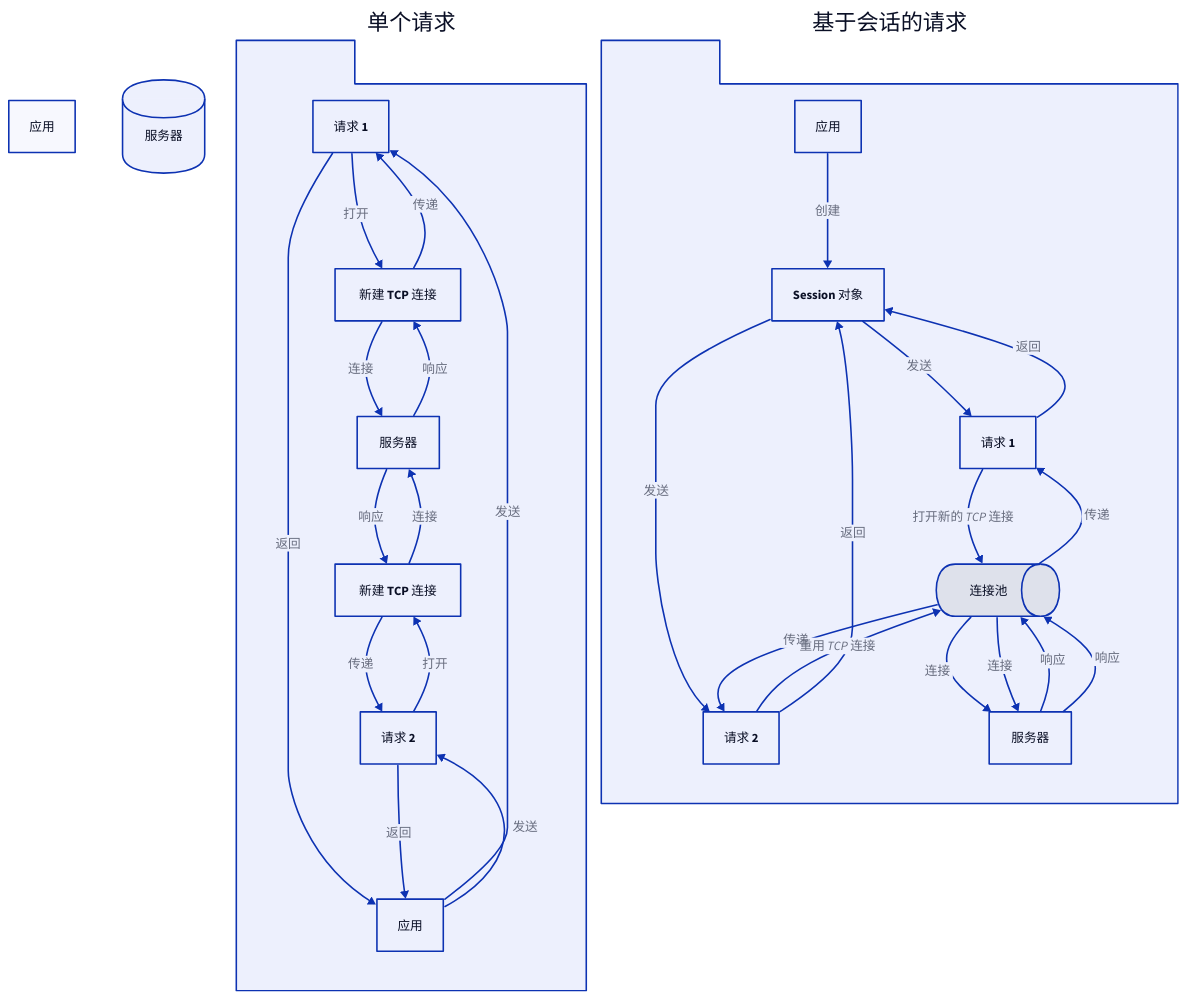
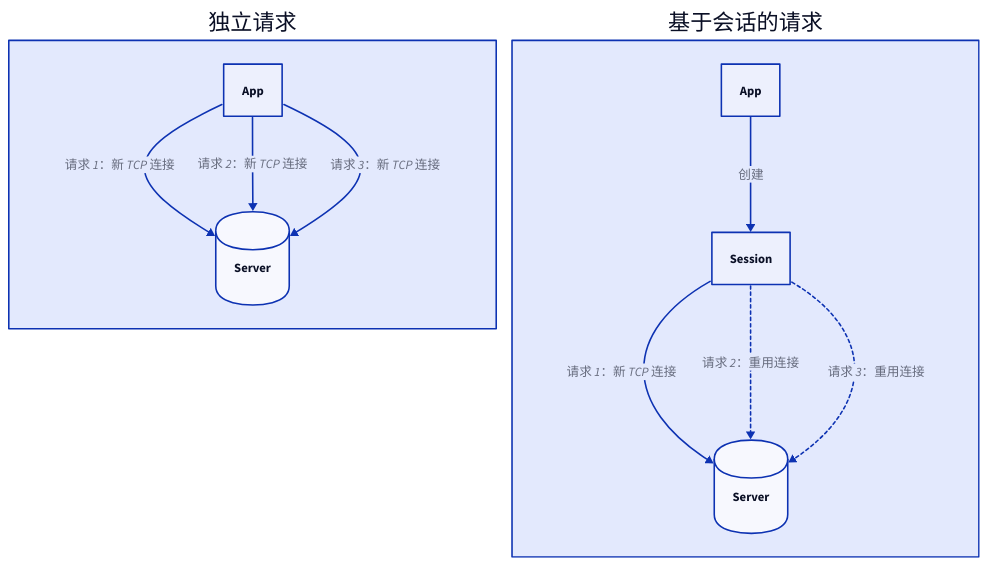
The diagram in .aigne/doc-smith/docs/user-guide-session-objects.zh.md (lban2049/requests), drawn with D2 before and after one commit. The commit also changed other lines of this file and 29 other files, not shown here.

````diff
--- a/.aigne/doc-smith/docs/user-guide-session-objects.zh.md
+++ b/.aigne/doc-smith/docs/user-guide-session-objects.zh.md
@@ -114,84 +123,28 @@
 ```d2
 direction: down
 
-"应用": {
+subgraph "Individual Requests" {
   shape: rectangle
+  label: "独立请求"
+  App1: App {shape: rectangle}
+  Server1: Server {shape: cylinder}
+  
+  App1 -> Server1: "请求 1：新 TCP 连接"
+  App1 -> Server1: "请求 2：新 TCP 连接"
+  App1 -> Server1: "请求 3：新 TCP 连接"
 }
 
-"服务器": {
-  shape: cylinder
+
+subgraph "Session-based Requests" {
+  shape: rectangle
+  label: "基于会话的请求"
+  App2: App {shape: rectangle}
+  Session: Session {shape: rectangle}
+  Server2: Server {shape: cylinder}
+
+  App2 -> Session: 创建
+  Session -> Server2: "请求 1：新 TCP 连接"
+  Session -> Server2: "请求 2：重用连接" {style.stroke-dash: 2}
+  Session -> Server2: "请求 3：重用连接" {style.stroke-dash: 2}
 }
-
-"单个请求": {
-  shape: package
-
-  "请求 1": {
-    label: "请求 1"
-    shape: rectangle
-  }
-  "TCP 1": {
-    label: "新建 TCP 连接"
-  }
-
-  "请求 2": {
-    label: "请求 2"
-    shape: rectangle
-  }
-  "TCP 2": {
-    label: "新建 TCP 连接"
-  }
-
-  "应用" -> "请求 1": "发送"
-  "请求 1" -> "TCP 1": "打开"
-  "TCP 1" -> "服务器": "连接"
-  "服务器" -> "TCP 1": "响应"
-  "TCP 1" -> "请求 1": "传递"
-  "请求 1" -> "应用": "返回"
-
-  "应用" -> "请求 2": "发送"
-  "请求 2" -> "TCP 2": "打开"
-  "TCP 2" -> "服务器": "连接"
-  "服务器" -> "TCP 2": "响应"
-  "TCP 2" -> "请求 2": "传递"
-  "请求 2" -> "应用": "返回"
-}
-
-"基于会话的请求": {
-  shape: package
-
-  "会话": {
-    label: "Session 对象"
-    shape: rectangle
-  }
-
-  "连接池": {
-    shape: queue
-  }
-
-  "请求 3": {
-    label: "请求 1"
-    shape: rectangle
-  }
-
-  "请求 4": {
-    label: "请求 2"
-    shape: rectangle
-  }
-
-  "应用" -> "会话": "创建"
-  "会话" -> "请求 3": "发送"
-  "请求 3" -> "连接池": "打开新的 TCP 连接"
-  "连接池" -> "服务器": "连接"
-  "服务器" -> "连接池": "响应"
-  "连接池" -> "请求 3": "传递"
-  "请求 3" -> "会话": "返回"
-  
-  "会话" -> "请求 4": "发送"
-  "请求 4" -> "连接池": "重用 TCP 连接"
-  "连接池" -> "服务器": "连接"
-  "服务器" -> "连接池": "响应"
-  "连接池" -> "请求 4": "传递"
-  "请求 4" -> "会话": "返回"
-}
-
 ```
````
